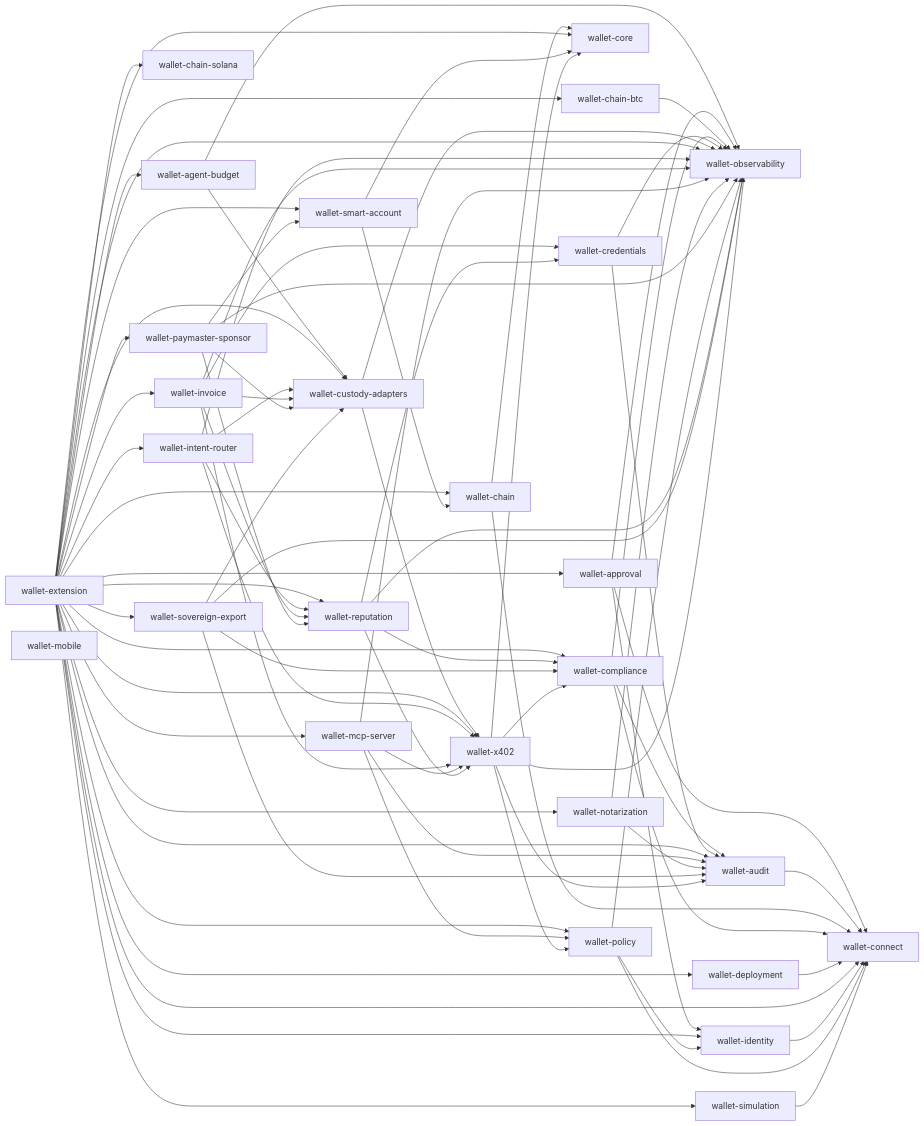
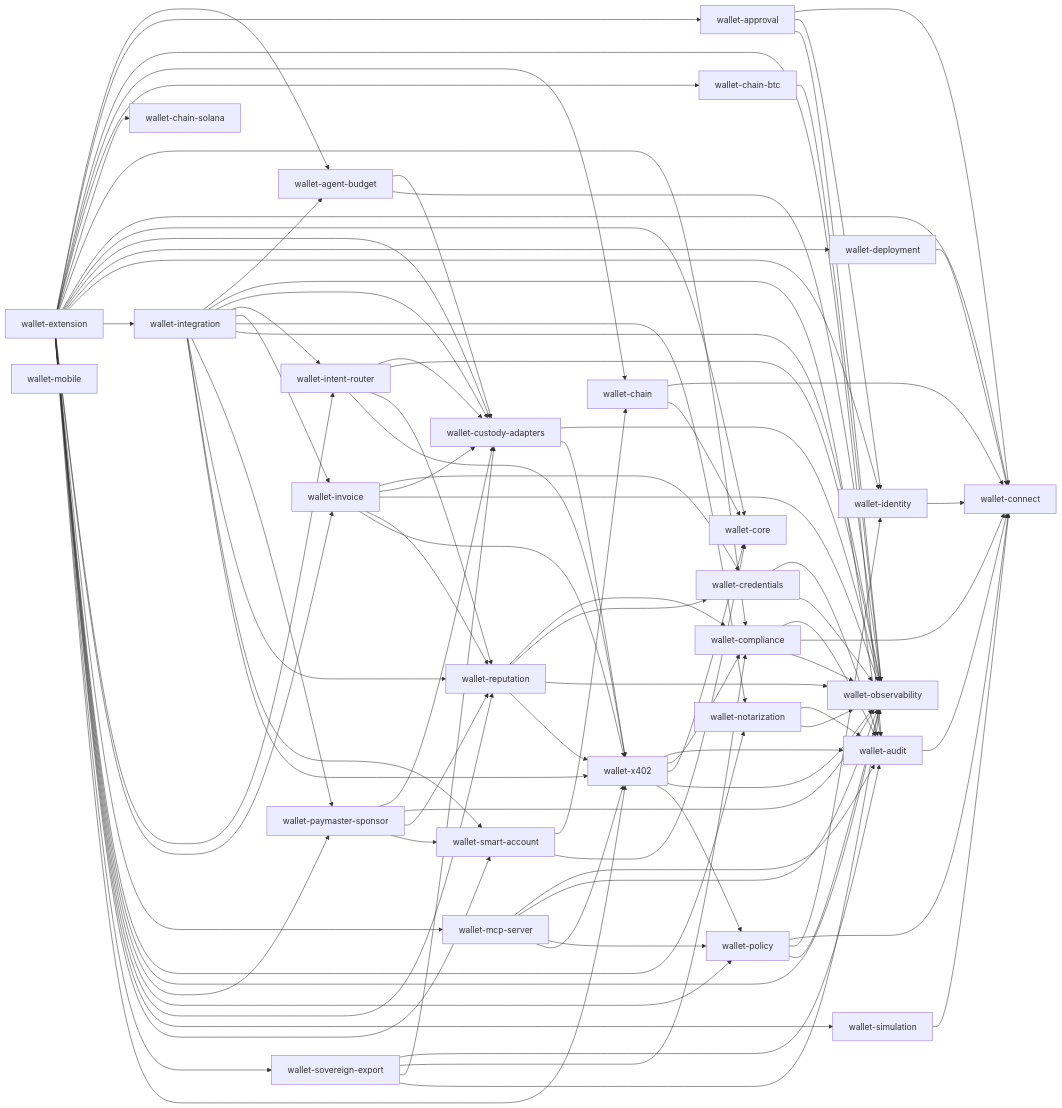
One commit to aethelred-foundation/wallet changed the diagram in reports/workspace-deps.mmd. Above: the diagram before and after it, drawn with Mermaid. The commit also changed 12 other files, not shown here.

First line of the commit message:
feat(integration): end-to-end moat demo + load-bearing composition adapters (#61)

```diff
--- a/reports/workspace-deps.mmd
+++ b/reports/workspace-deps.mmd
@@ -1,86 +1,98 @@
 flowchart LR
   wallet-agent-budget --> wallet-custody-adapters
   wallet-agent-budget --> wallet-observability
   wallet-approval --> wallet-connect
   wallet-approval --> wallet-identity
   wallet-approval --> wallet-observability
   wallet-audit --> wallet-connect
   wallet-chain --> wallet-connect
   wallet-chain --> wallet-core
   wallet-chain-btc --> wallet-observability
   wallet-chain-solana
   wallet-compliance --> wallet-audit
   wallet-compliance --> wallet-connect
   wallet-compliance --> wallet-observability
   wallet-connect
   wallet-core
   wallet-credentials --> wallet-audit
   wallet-credentials --> wallet-observability
   wallet-custody-adapters --> wallet-observability
   wallet-custody-adapters --> wallet-x402
   wallet-deployment --> wallet-connect
   wallet-extension --> wallet-agent-budget
   wallet-extension --> wallet-approval
   wallet-extension --> wallet-audit
   wallet-extension --> wallet-chain
   wallet-extension --> wallet-chain-btc
   wallet-extension --> wallet-chain-solana
   wallet-extension --> wallet-compliance
   wallet-extension --> wallet-connect
   wallet-extension --> wallet-core
   wallet-extension --> wallet-custody-adapters
   wallet-extension --> wallet-deployment
   wallet-extension --> wallet-identity
+  wallet-extension --> wallet-integration
   wallet-extension --> wallet-intent-router
   wallet-extension --> wallet-invoice
   wallet-extension --> wallet-mcp-server
   wallet-extension --> wallet-notarization
   wallet-extension --> wallet-observability
   wallet-extension --> wallet-paymaster-sponsor
   wallet-extension --> wallet-policy
   wallet-extension --> wallet-reputation
   wallet-extension --> wallet-simulation
   wallet-extension --> wallet-smart-account
   wallet-extension --> wallet-sovereign-export
   wallet-extension --> wallet-x402
   wallet-identity --> wallet-connect
+  wallet-integration --> wallet-agent-budget
+  wallet-integration --> wallet-audit
+  wallet-integration --> wallet-custody-adapters
+  wallet-integration --> wallet-intent-router
+  wallet-integration --> wallet-invoice
+  wallet-integration --> wallet-notarization
+  wallet-integration --> wallet-observability
+  wallet-integration --> wallet-paymaster-sponsor
+  wallet-integration --> wallet-reputation
+  wallet-integration --> wallet-smart-account
+  wallet-integration --> wallet-x402
   wallet-intent-router --> wallet-custody-adapters
   wallet-intent-router --> wallet-observability
   wallet-intent-router --> wallet-reputation
   wallet-intent-router --> wallet-x402
   wallet-invoice --> wallet-credentials
   wallet-invoice --> wallet-custody-adapters
   wallet-invoice --> wallet-observability
   wallet-invoice --> wallet-reputation
   wallet-invoice --> wallet-x402
   wallet-mcp-server --> wallet-audit
   wallet-mcp-server --> wallet-observability
   wallet-mcp-server --> wallet-policy
   wallet-mcp-server --> wallet-x402
   wallet-mobile
   wallet-notarization --> wallet-audit
   wallet-notarization --> wallet-observability
   wallet-observability
   wallet-paymaster-sponsor --> wallet-custody-adapters
   wallet-paymaster-sponsor --> wallet-observability
   wallet-paymaster-sponsor --> wallet-reputation
   wallet-paymaster-sponsor --> wallet-smart-account
   wallet-policy --> wallet-connect
   wallet-policy --> wallet-identity
   wallet-policy --> wallet-observability
   wallet-reputation --> wallet-compliance
   wallet-reputation --> wallet-credentials
   wallet-reputation --> wallet-observability
   wallet-reputation --> wallet-x402
   wallet-simulation --> wallet-connect
   wallet-smart-account --> wallet-chain
   wallet-smart-account --> wallet-core
   wallet-sovereign-export --> wallet-audit
   wallet-sovereign-export --> wallet-compliance
   wallet-sovereign-export --> wallet-custody-adapters
   wallet-sovereign-export --> wallet-observability
   wallet-x402 --> wallet-audit
   wallet-x402 --> wallet-compliance
   wallet-x402 --> wallet-core
   wallet-x402 --> wallet-observability
   wallet-x402 --> wallet-policy
```
